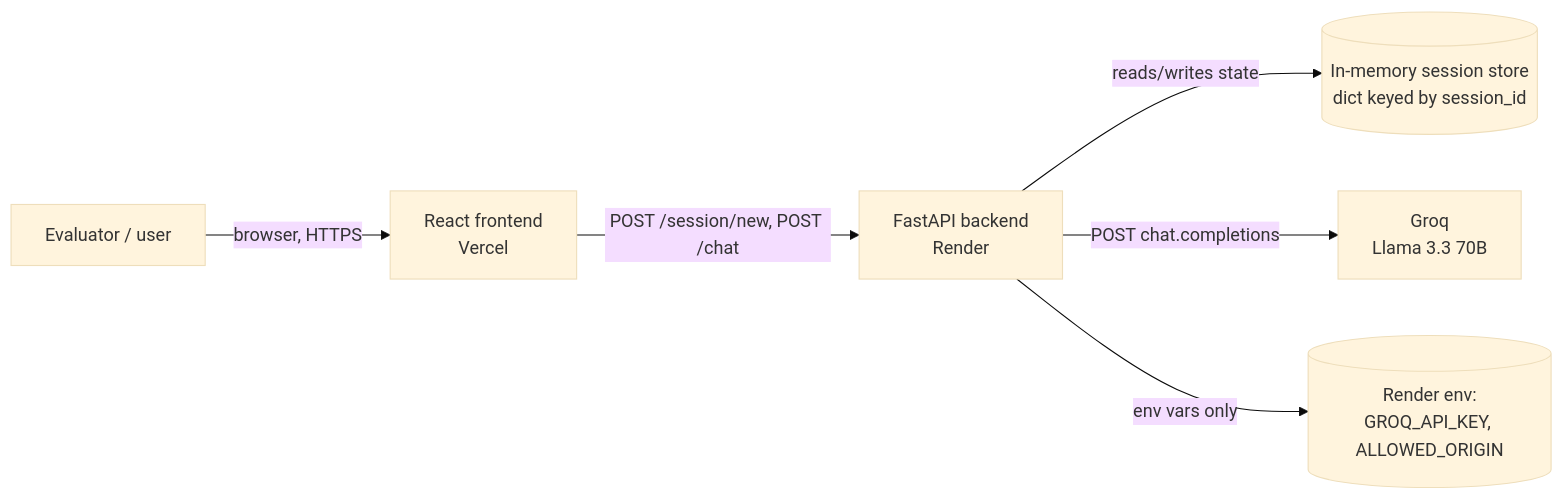
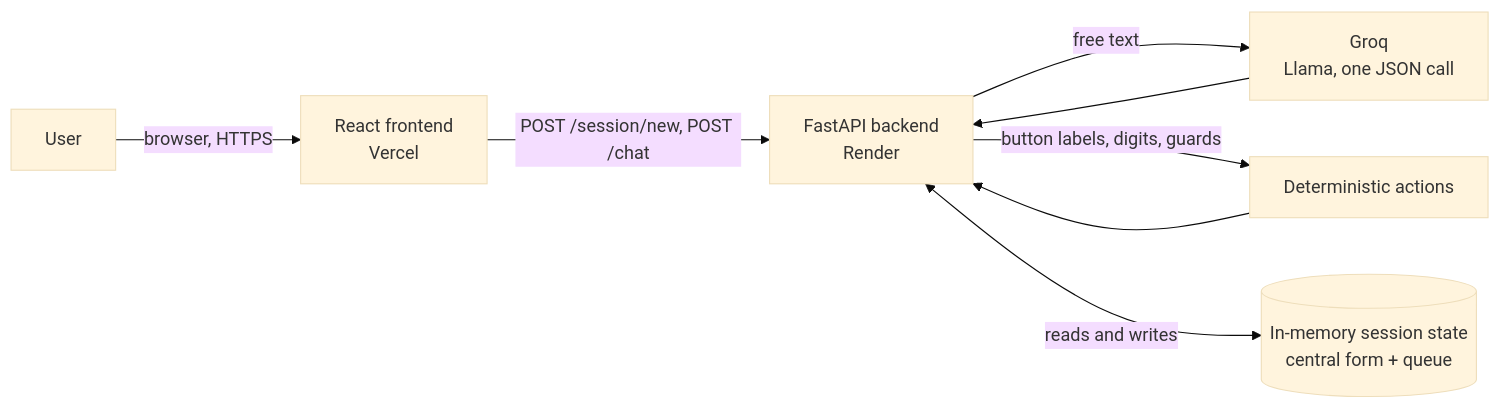
Before and after one commit to pkbros/cutomerBot2: the first of 9 diagrams in architecture.md, drawn with Mermaid (base theme). The commit also changed other lines of this file and 19 other files, not shown here.

````diff
--- a/architecture.md
+++ b/architecture.md
@@ -19,8 +19,10 @@
 ```mermaid
 flowchart LR
-    U[Evaluator / user] -->|browser, HTTPS| F[React frontend<br/>Vercel]
+    U[User] -->|browser, HTTPS| F[React frontend<br/>Vercel]
     F -->|POST /session/new, POST /chat| B[FastAPI backend<br/>Render]
-    B -->|reads/writes state| S[(In-memory session store<br/>dict keyed by session_id)]
-    B -->|POST chat.completions| G[Groq<br/>Llama 3.3 70B]
-    B -->|env vars only| E[(Render env:<br/>GROQ_API_KEY, ALLOWED_ORIGIN)]
+    B -->|free text| G[Groq<br/>Llama, one JSON call]
+    B -->|button labels, digits, guards| A[Deterministic actions]
+    B <-->|reads and writes| S[(In-memory session state<br/>central form + queue)]
+    G --> B
+    A --> B
 ```
````
